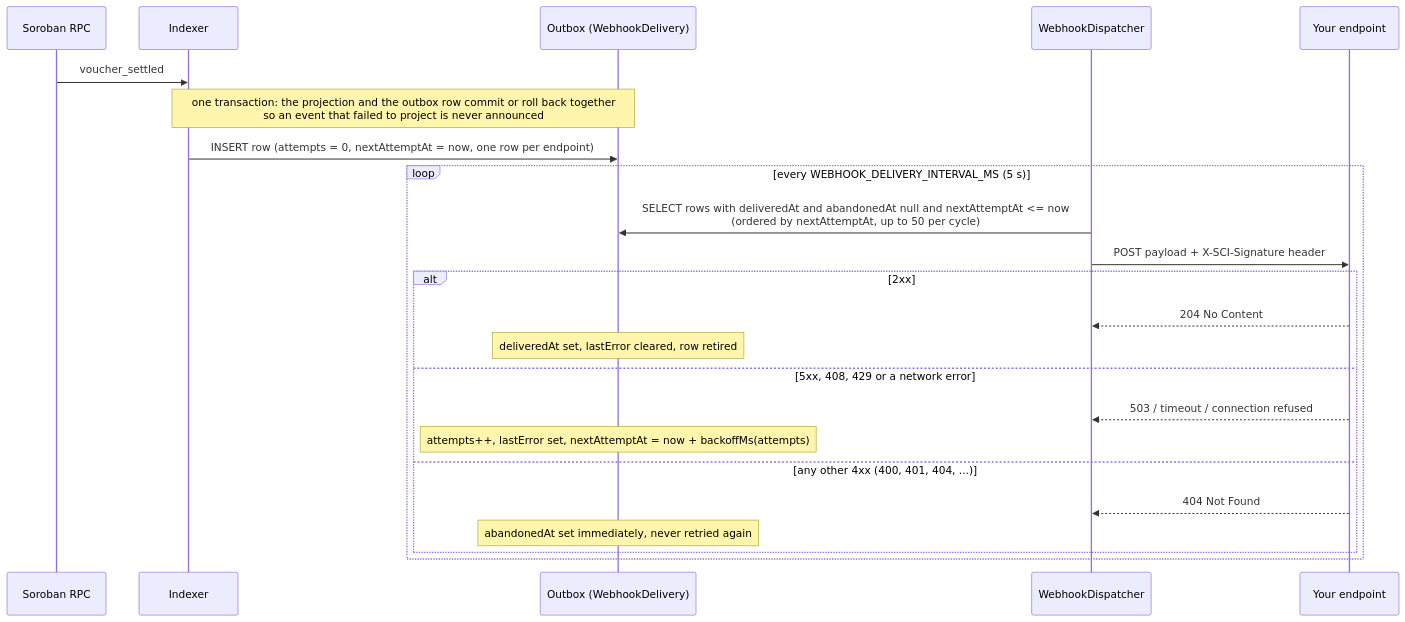
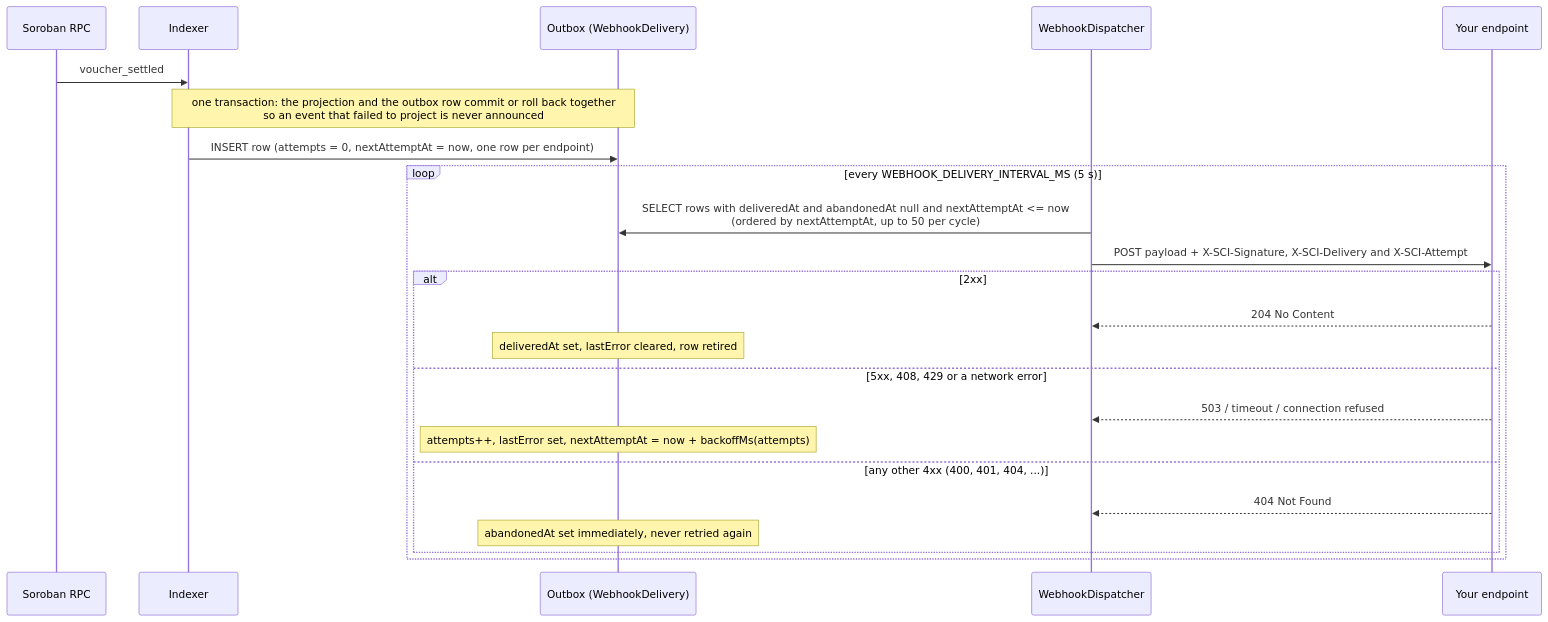
Before and after one commit to Godgift-care/sci-healthcare-backend: the diagram in docs/webhooks.md, drawn with Mermaid. The commit also changed other lines of this file and 13 other files, not shown here.

````diff
--- a/docs/webhooks.md
+++ b/docs/webhooks.md
@@ -17,26 +17,26 @@
 ```mermaid
 sequenceDiagram
     participant RPC as Soroban RPC
     participant IDX as Indexer
     participant OUT as Outbox (WebhookDelivery)
     participant DSP as WebhookDispatcher
     participant EP as Your endpoint
 
     RPC->>IDX: voucher_settled
     Note over IDX,OUT: one transaction: the projection and the outbox row commit or roll back together<br/>so an event that failed to project is never announced
     IDX->>OUT: INSERT row (attempts = 0, nextAttemptAt = now, one row per endpoint)
     loop every WEBHOOK_DELIVERY_INTERVAL_MS (5 s)
         DSP->>OUT: SELECT rows with deliveredAt and abandonedAt null and nextAttemptAt <= now<br/>(ordered by nextAttemptAt, up to 50 per cycle)
-        DSP->>EP: POST payload + X-SCI-Signature header
+        DSP->>EP: POST payload + X-SCI-Signature, X-SCI-Delivery and X-SCI-Attempt
         alt 2xx
             EP-->>DSP: 204 No Content
             Note over OUT: deliveredAt set, lastError cleared, row retired
         else 5xx, 408, 429 or a network error
             EP-->>DSP: 503 / timeout / connection refused
             Note over OUT: attempts++, lastError set, nextAttemptAt = now + backoffMs(attempts)
         else any other 4xx (400, 401, 404, ...)
             EP-->>DSP: 404 Not Found
             Note over OUT: abandonedAt set immediately, never retried again
         end
     end
 ```
````
